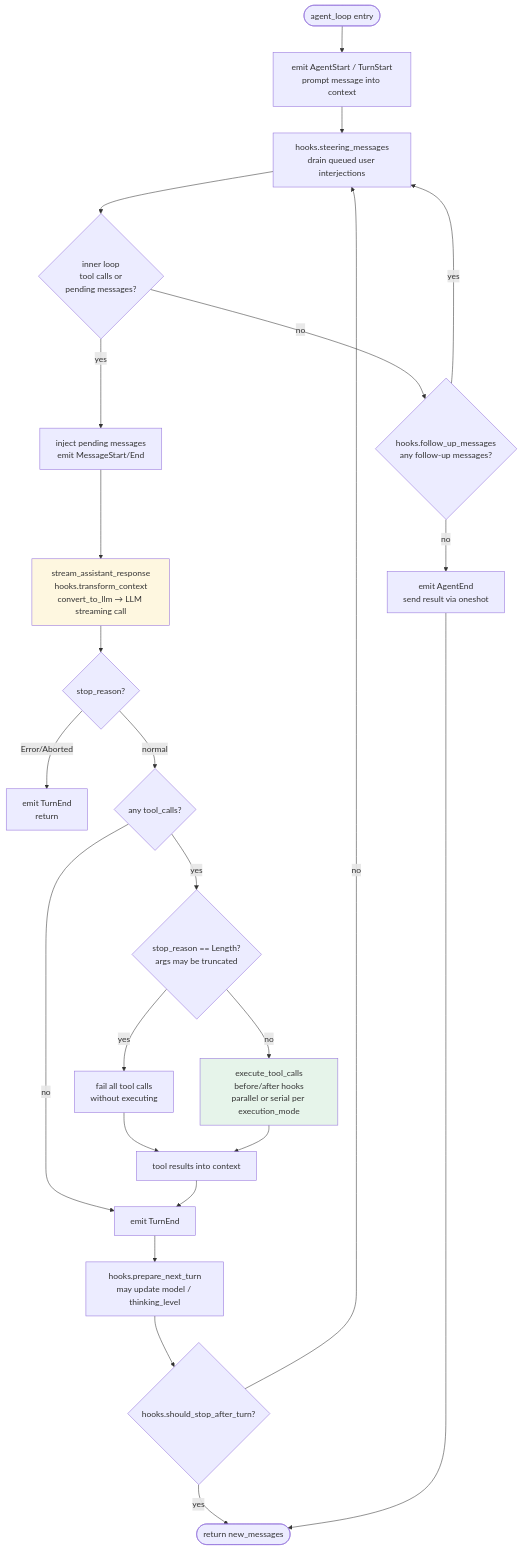
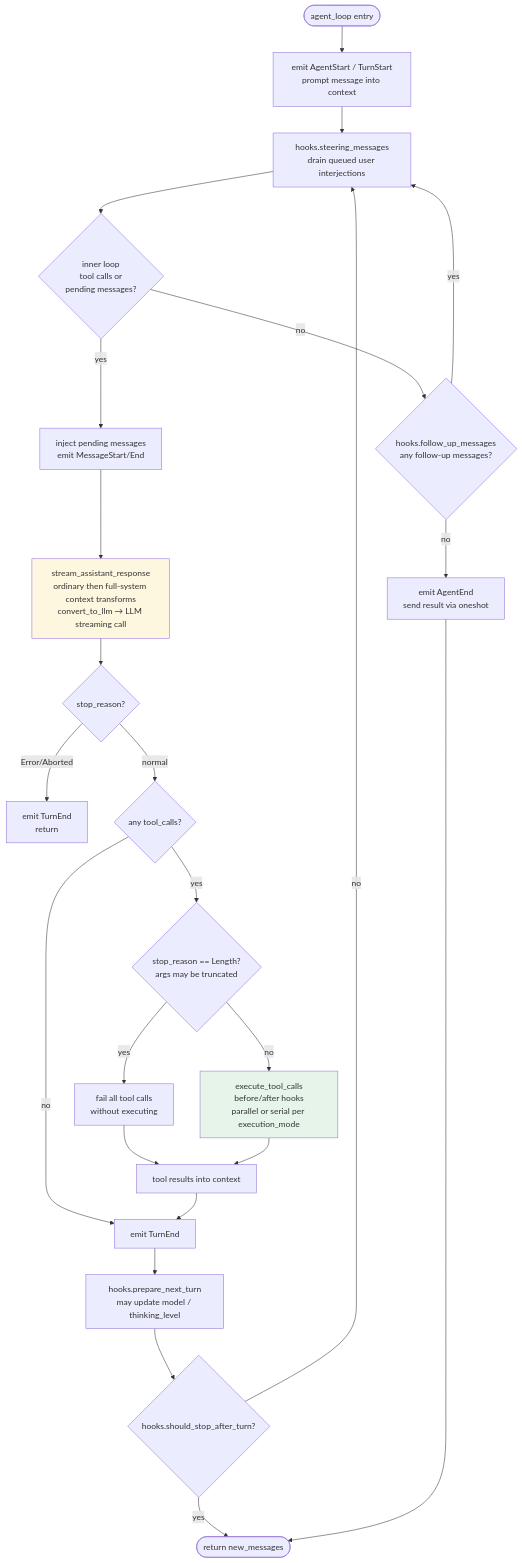
The second of 11 diagrams in docs/architecture.md (Tack-AI/tack), drawn with Mermaid before and after one commit. The commit also changed other lines of this file and 77 other files, not shown here.

````diff
--- a/docs/architecture.md
+++ b/docs/architecture.md
@@ -87,29 +88,29 @@
 ```mermaid
 flowchart TD
     A([agent_loop entry]) --> B[emit AgentStart / TurnStart<br/>prompt message into context]
     B --> C[hooks.steering_messages<br/>drain queued user interjections]
     C --> D{inner loop<br/>tool calls or<br/>pending messages?}
     D -- yes --> E[inject pending messages<br/>emit MessageStart/End]
-    E --> F[stream_assistant_response<br/>hooks.transform_context<br/>convert_to_llm → LLM streaming call]
+    E --> F[stream_assistant_response<br/>ordinary then full-system context transforms<br/>convert_to_llm → LLM streaming call]
     F --> G{stop_reason?}
     G -- Error/Aborted --> H[emit TurnEnd<br/>return]
     G -- normal --> I{any tool_calls?}
     I -- yes --> J{stop_reason == Length?<br/>args may be truncated}
     J -- yes --> K[fail all tool calls<br/>without executing]
     J -- no --> L[execute_tool_calls<br/>before/after hooks<br/>parallel or serial per execution_mode]
     K --> M[tool results into context]
     L --> M
     I -- no --> N[emit TurnEnd]
     M --> N
     N --> O[hooks.prepare_next_turn<br/>may update model / thinking_level]
     O --> P{hooks.should_stop_after_turn?}
     P -- yes --> Q([return new_messages])
     P -- no --> C
     D -- no --> R{hooks.follow_up_messages<br/>any follow-up messages?}
     R -- yes --> C
     R -- no --> S[emit AgentEnd<br/>send result via oneshot]
     S --> Q
 
     style F fill:#fef7e0
     style L fill:#e6f4ea
 ```
````
